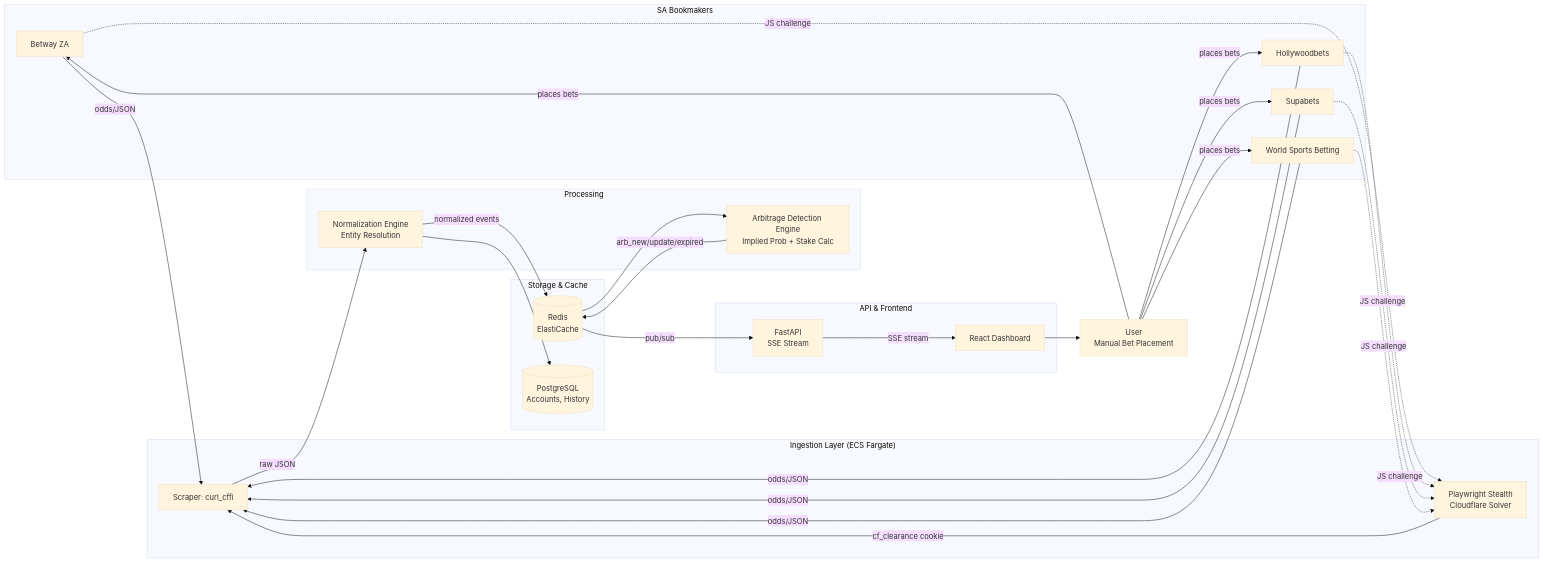
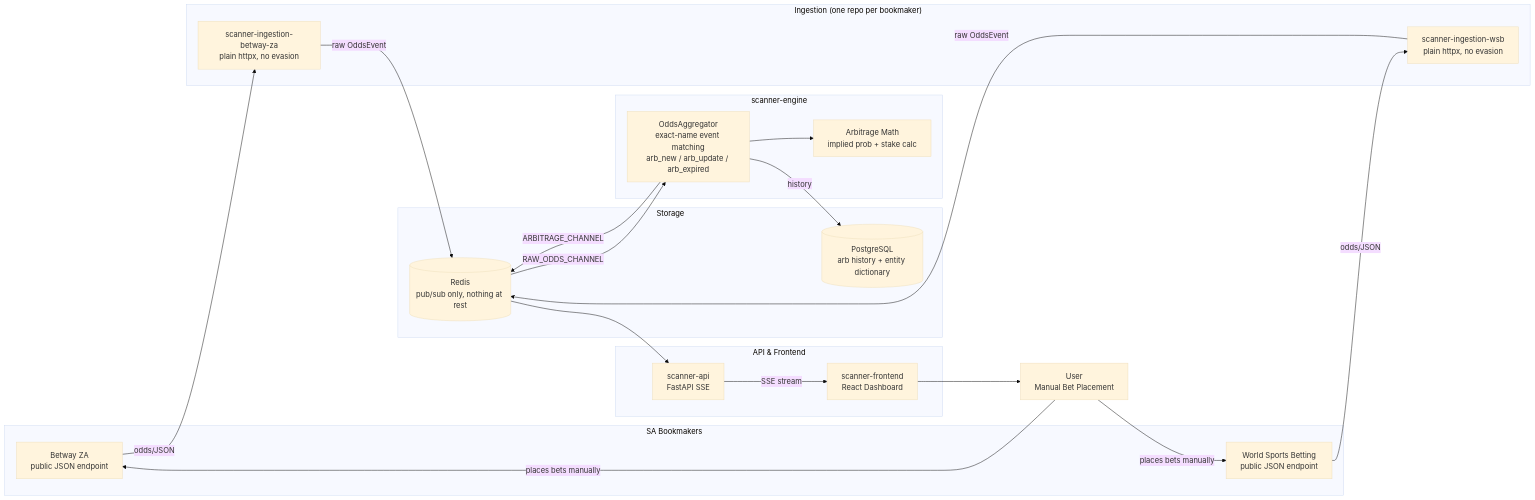
Before and after one commit to MadunaCapital/scanner-schemas: the first of 5 diagrams in docs/architecture-diagrams.md, drawn with Mermaid (base theme). The commit also changed other lines of this file and 4 other files, not shown here.

Commit message:
Update docs to reflect reality: add as-built-architecture.md, correct diagrams (Azure not AWS, no evasion tooling used), point original plan/README at it

````diff
--- a/docs/architecture-diagrams.md
+++ b/docs/architecture-diagrams.md
@@ -7,44 +7,43 @@
 ```mermaid
 flowchart LR
     subgraph Sources["SA Bookmakers"]
-        BM1[Betway ZA]
-        BM2[Hollywoodbets]
-        BM3[Supabets]
-        BM4[World Sports Betting]
+        BM1["Betway ZA<br/>public JSON endpoint"]
+        BM2["World Sports Betting<br/>public JSON endpoint"]
     end
 
-    subgraph Ingestion["Ingestion Layer (ECS Fargate)"]
-        SC1[Scraper: curl_cffi]
-        SC2["Playwright Stealth<br/>Cloudflare Solver"]
+    subgraph Ingestion["Ingestion (one repo per bookmaker)"]
+        SC1["scanner-ingestion-betway-za<br/>plain httpx, no evasion"]
+        SC2["scanner-ingestion-wsb<br/>plain httpx, no evasion"]
     end
 
-    subgraph Processing["Processing"]
-        NORM["Normalization Engine<br/>Entity Resolution"]
-        ENGINE["Arbitrage Detection Engine<br/>Implied Prob + Stake Calc"]
+    subgraph Engine["scanner-engine"]
+        AGG["OddsAggregator<br/>exact-name event matching<br/>arb_new / arb_update / arb_expired"]
+        MATH["Arbitrage Math<br/>implied prob + stake calc"]
     end
 
-    subgraph Storage["Storage & Cache"]
-        REDIS[("Redis<br/>ElastiCache")]
-        PG[("PostgreSQL<br/>Accounts, History")]
+    subgraph Storage["Storage"]
+        REDIS[("Redis<br/>pub/sub only, nothing at rest")]
+        PG[("PostgreSQL<br/>arb history + entity dictionary")]
     end
 
     subgraph Delivery["API & Frontend"]
-        API["FastAPI<br/>SSE Stream"]
-        UI[React Dashboard]
+        API["scanner-api<br/>FastAPI SSE"]
+        UI["scanner-frontend<br/>React Dashboard"]
     end
 
     USER["User<br/>Manual Bet Placement"]
 
-    BM1 & BM2 & BM3 & BM4 -->|odds/JSON| SC1
-    BM1 & BM2 & BM3 & BM4 -.->|JS challenge| SC2
-    SC2 -->|cf_clearance cookie| SC1
-    SC1 -->|raw JSON| NORM
-    NORM -->|normalized events| REDIS
-    NORM --> PG
-    REDIS --> ENGINE
-    ENGINE -->|arb_new/update/expired| REDIS
-    REDIS -->|pub/sub| API
+    BM1 -->|odds/JSON| SC1
+    BM2 -->|odds/JSON| SC2
+    SC1 -->|raw OddsEvent| REDIS
+    SC2 -->|raw OddsEvent| REDIS
+    REDIS -->|RAW_ODDS_CHANNEL| AGG
+    AGG --> MATH
+    AGG -->|history| PG
+    AGG -->|ARBITRAGE_CHANNEL| REDIS
+    REDIS --> API
     API -->|SSE stream| UI
     UI --> USER
-    USER -->|places bets| BM1 & BM2 & BM3 & BM4
+    USER -->|places bets manually| BM1
+    USER -->|places bets manually| BM2
 ```
````
